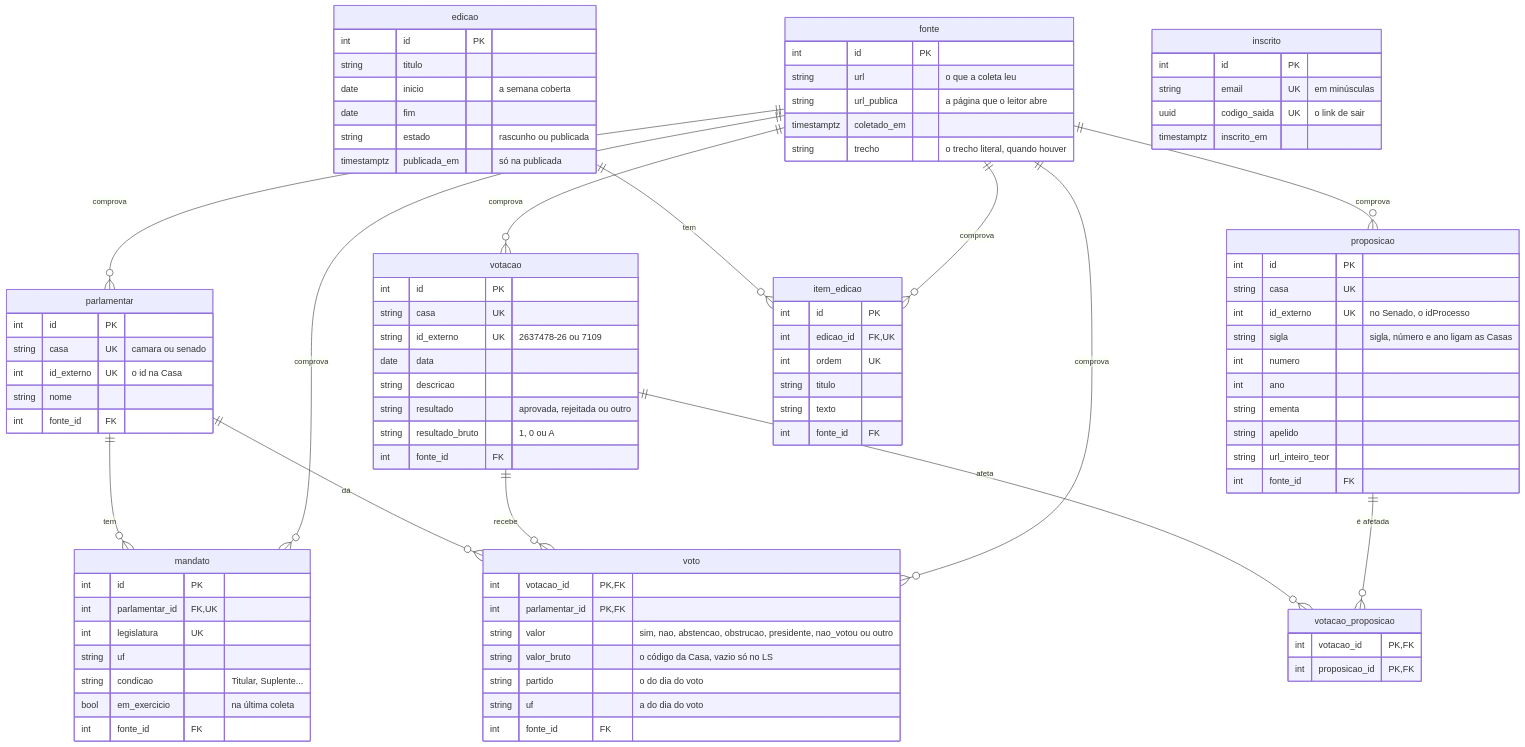
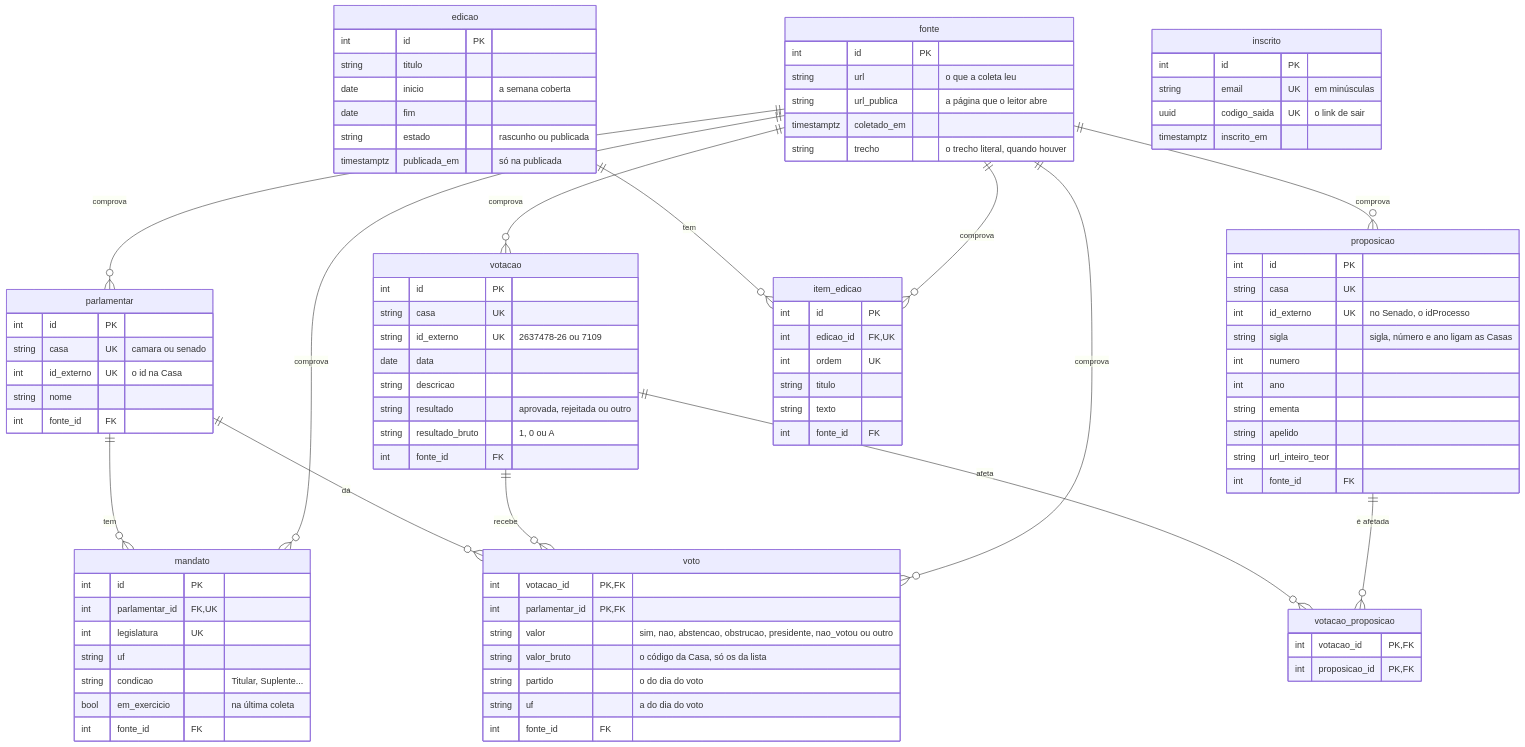
One commit to HiRenan/mandatometro changed the diagram in README.md. Above: the diagram before and after it, drawn with Mermaid. The commit also changed other lines of this file and 1 other file, not shown here.

Commit message:
docs: as ausências sem motivo no README e no AGENTS.md
A regra de dados pessoais e o modelo de dados passam a dizer que toda
ausência do Senado entra como nao_votou, sem o código, para a licença
saúde ficar igual às outras; que o voto só guarda os códigos de
CODIGOS_GRAVADOS; e que um código novo entra como outro, com só o
código no log.

```diff
--- a/README.md
+++ b/README.md
@@ -121,7 +121,7 @@
         int votacao_id PK, FK
         int parlamentar_id PK, FK
         string valor "sim, nao, abstencao, obstrucao, presidente, nao_votou ou outro"
-        string valor_bruto "o código da Casa, vazio só no LS"
+        string valor_bruto "o código da Casa, só os da lista"
         string partido "o do dia do voto"
         string uf "a do dia do voto"
         int fonte_id FK
```
